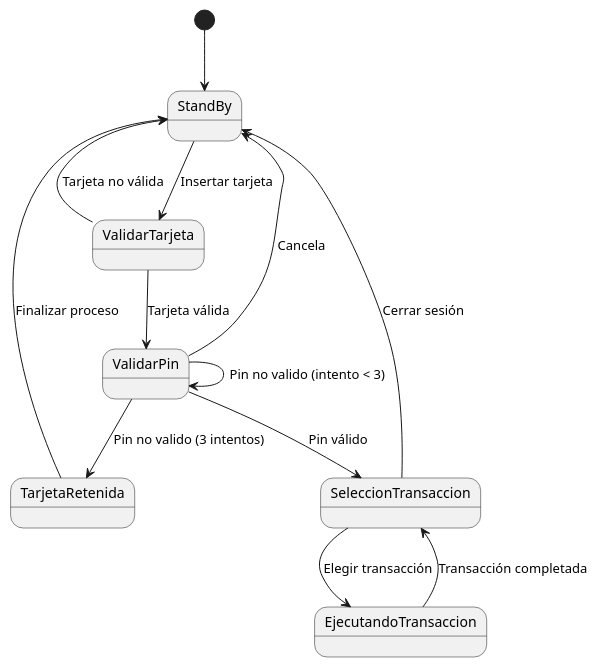
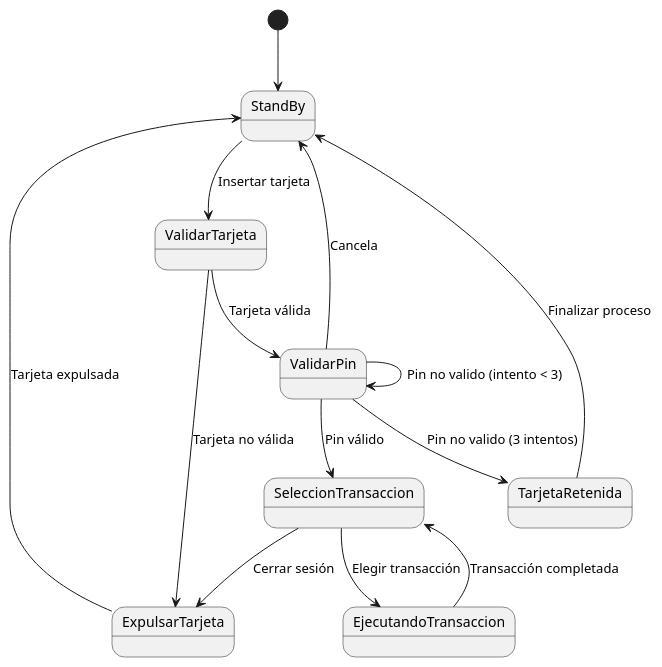
The diagram in README.md (AdrianDiaz24/Practica-6_6_2-UML), drawn with PlantUML before and after one commit. The commit also changed other lines of this file, not shown here.

```diff
--- a/README.md
+++ b/README.md
@@ -11,27 +11,29 @@
     @startuml
   
     [*] --> StandBy
     
     StandBy--> ValidarTarjeta : Insertar tarjeta
   
-    ValidarTarjeta --> StandBy : Tarjeta no válida
+    ValidarTarjeta --> ExpulsarTarjeta : Tarjeta no válida
+  
+    ExpulsarTarjeta --> StandBy : Tarjeta expulsada
   
     ValidarTarjeta --> ValidarPin : Tarjeta válida
     
     ValidarPin --> ValidarPin : Pin no valido (intento < 3)
   
     ValidarPin --> TarjetaRetenida : Pin no valido (3 intentos)
   
     ValidarPin --> SeleccionTransaccion : Pin válido
   
     ValidarPin --> StandBy : Cancela
     
     TarjetaRetenida --> StandBy: Finalizar proceso
     
     SeleccionTransaccion --> EjecutandoTransaccion : Elegir transacción
   
-    SeleccionTransaccion --> StandBy : Cerrar sesión
+    SeleccionTransaccion --> ExpulsarTarjeta : Cerrar sesión
     
     EjecutandoTransaccion --> SeleccionTransaccion : Transacción completada
   
     @enduml
```
